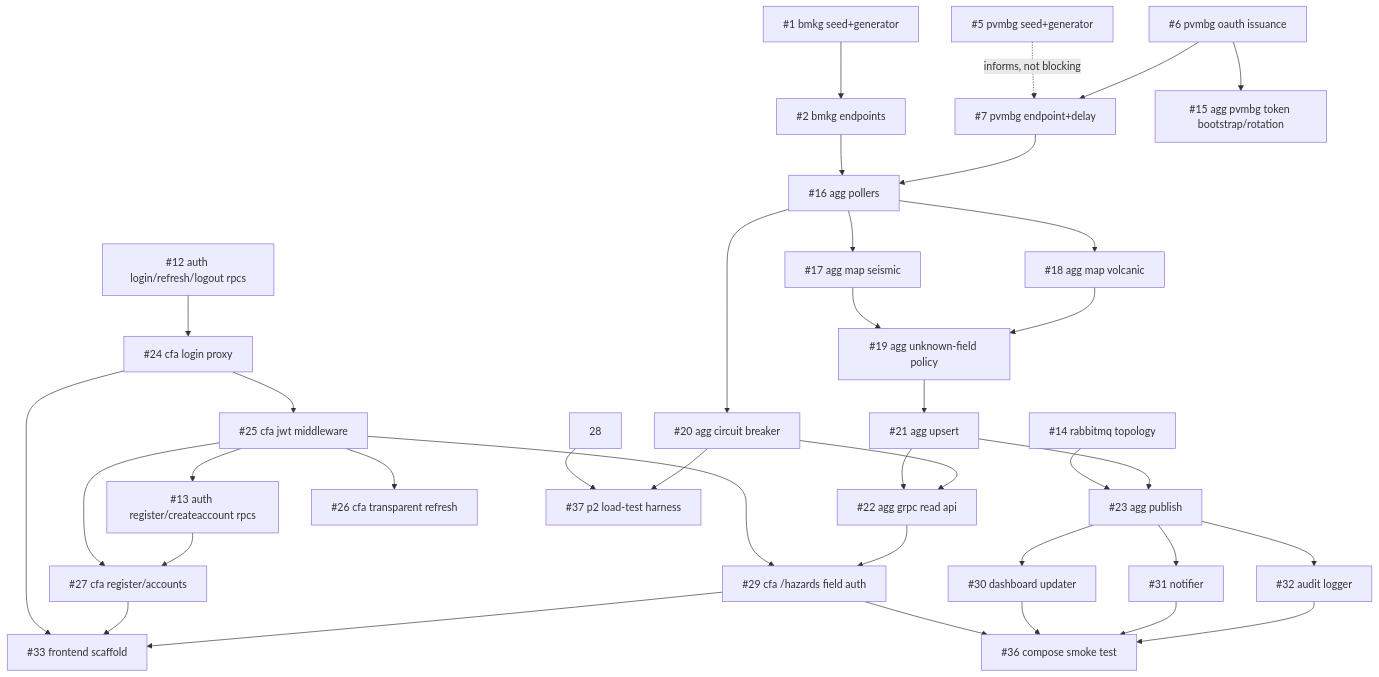
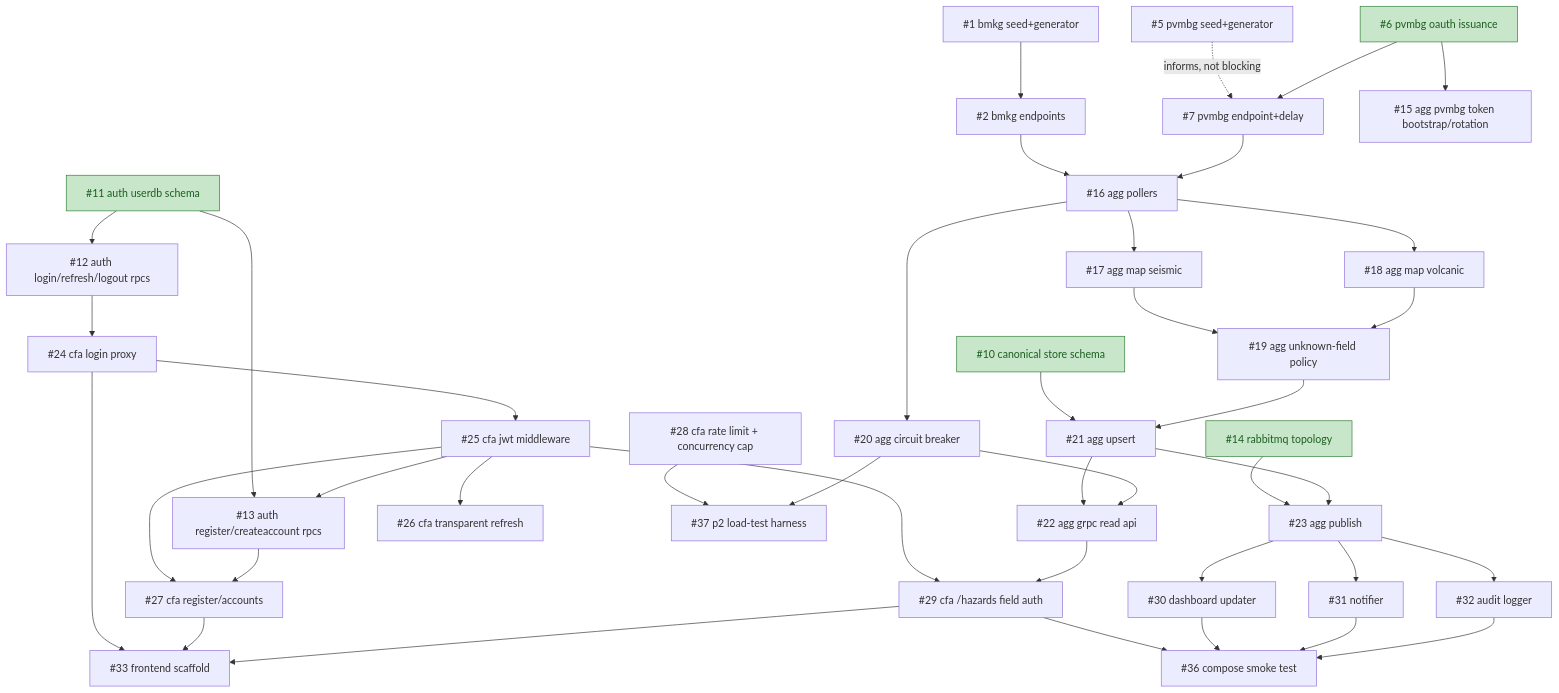
One commit to brii26/distributed-hazard-coordination changed the diagram in doc/BACKLOG_DEPENDENCIES.md. Above: the diagram before and after it, drawn with Mermaid. The commit also changed other lines of this file and 1 other file, not shown here.

Commit message:
[docs] Backlog graph: #6, #14, #54 merged (#60)
* docs(backlog): #6, #14, #54 merged; #7 and #15 now ready

* docs(backlog): color merged issues green in the graph and make it the housekeeping standard

* docs(backlog): label node 28 in the graph

````diff
--- a/doc/BACKLOG_DEPENDENCIES.md
+++ b/doc/BACKLOG_DEPENDENCIES.md
@@ -27,48 +28,55 @@
 ```mermaid
 graph TD
   1["#1 bmkg seed+generator"] --> 2["#2 bmkg endpoints"]
   5["#5 pvmbg seed+generator"] -.->|informs, not blocking| 7
 
   6["#6 pvmbg oauth issuance"] --> 15["#15 agg pvmbg token bootstrap/rotation"]
   6 --> 7["#7 pvmbg endpoint+delay"]
 
   2 --> 16["#16 agg pollers"]
   7 --> 16
   16 --> 17["#17 agg map seismic"]
   16 --> 18["#18 agg map volcanic"]
   16 --> 20["#20 agg circuit breaker"]
   17 --> 19["#19 agg unknown-field policy"]
   18 --> 19
 
-  19 --> 21["#21 agg upsert"]
+  10["#10 canonical store schema"] --> 21["#21 agg upsert"]
+  19 --> 21
   21 --> 22["#22 agg grpc read api"]
   20 --> 22
 
   14["#14 rabbitmq topology"] --> 23["#23 agg publish"]
   21 --> 23
 
-  12["#12 auth login/refresh/logout rpcs"] --> 24["#24 cfa login proxy"]
+  11["#11 auth userdb schema"] --> 12["#12 auth login/refresh/logout rpcs"]
+  11 --> 13["#13 auth register/createaccount rpcs"]
+
+  12 --> 24["#24 cfa login proxy"]
   24 --> 25["#25 cfa jwt middleware"]
   25 --> 26["#26 cfa transparent refresh"]
-  25 --> 13["#13 auth register/createaccount rpcs"]
+  25 --> 13
   25 --> 27["#27 cfa register/accounts"]
   13 --> 27
   25 --> 29["#29 cfa /hazards field auth"]
   22 --> 29
 
   23 --> 30["#30 dashboard updater"]
   23 --> 31["#31 notifier"]
   23 --> 32["#32 audit logger"]
 
   24 --> 33["#33 frontend scaffold"]
   27 --> 33
   29 --> 33
 
   29 --> 36["#36 compose smoke test"]
   30 --> 36
   31 --> 36
   32 --> 36
 
-  28 --> 37["#37 p2 load-test harness"]
+  28["#28 cfa rate limit + concurrency cap"] --> 37["#37 p2 load-test harness"]
   20 --> 37
+
+  classDef done fill:#c8e6c9,stroke:#2e7d32,color:#1b5e20
+  class 6,10,11,14 done
 ```
````
